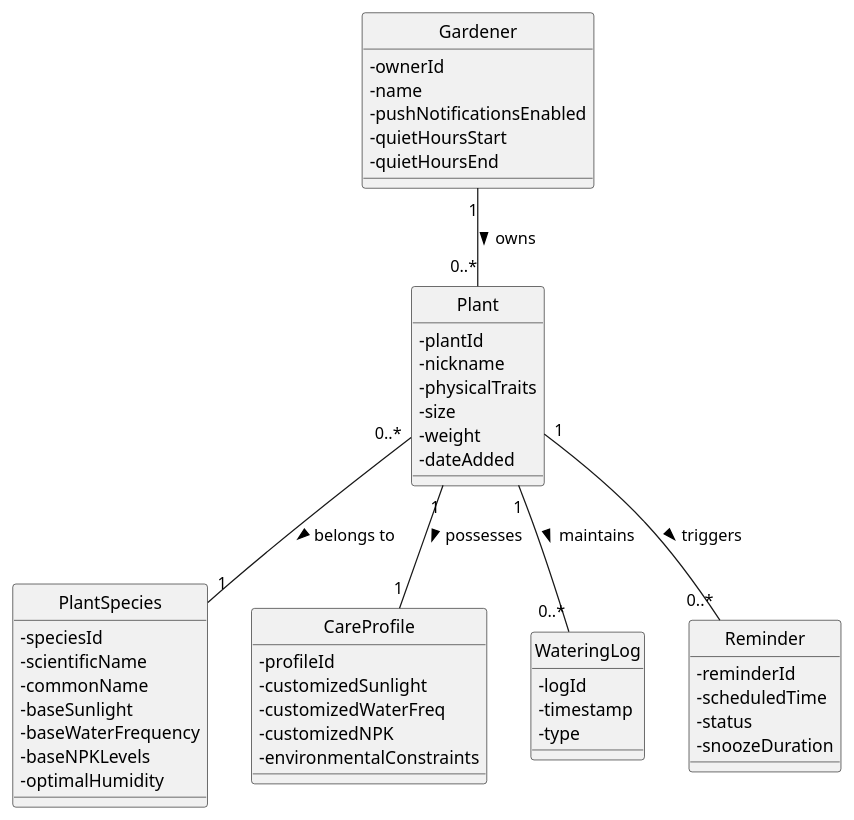
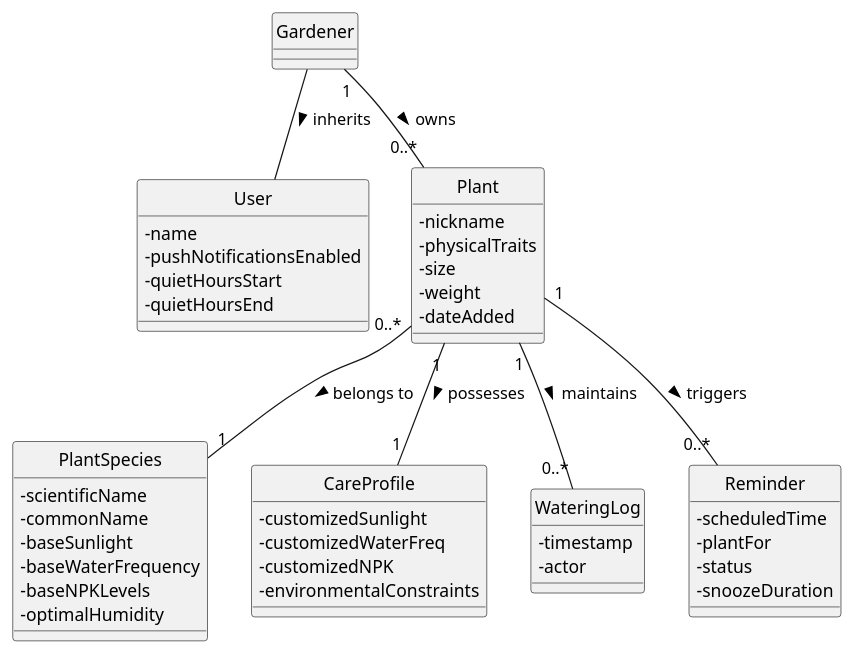
Before and after one commit to jakub-mata/uvod-do-soft-eng: the diagram in docs/uml/class-diagram-uml.plantuml, drawn with PlantUML.

Commit message:
Refactor UML class diagram for User and Gardener

```diff
--- a/docs/uml/class-diagram-uml.plantuml
+++ b/docs/uml/class-diagram-uml.plantuml
@@ -1,59 +1,57 @@
 @startuml
 hide circle
 skinparam classAttributeIconSize 0
 
-class Gardener {
-  - ownerId
+class User {
   - name
   - pushNotificationsEnabled
   - quietHoursStart
   - quietHoursEnd
 }
 
+class Gardener { }
+
 class Plant {
-  - plantId
   - nickname
   - physicalTraits
   - size
   - weight
   - dateAdded
 }
 
 class PlantSpecies {
-  - speciesId
   - scientificName
   - commonName
   - baseSunlight
   - baseWaterFrequency
   - baseNPKLevels
   - optimalHumidity
 }
 
 class CareProfile {
-  - profileId
   - customizedSunlight
   - customizedWaterFreq
   - customizedNPK
   - environmentalConstraints
 }
 
 class WateringLog {
-  - logId
   - timestamp
-  - type 
+  - actor 
 }
 
 class Reminder {
-  - reminderId
   - scheduledTime
+  - plantFor
   - status
   - snoozeDuration
 }
 
+Gardener -- User : inherits > 
 Gardener "1" -- "0..*" Plant : owns >
 Plant "0..*" -- "1" PlantSpecies : belongs to >
 Plant "1" -- "1" CareProfile : possesses >
 Plant "1" -- "0..*" WateringLog : maintains >
 Plant "1" -- "0..*" Reminder : triggers >
 
 @enduml
```
